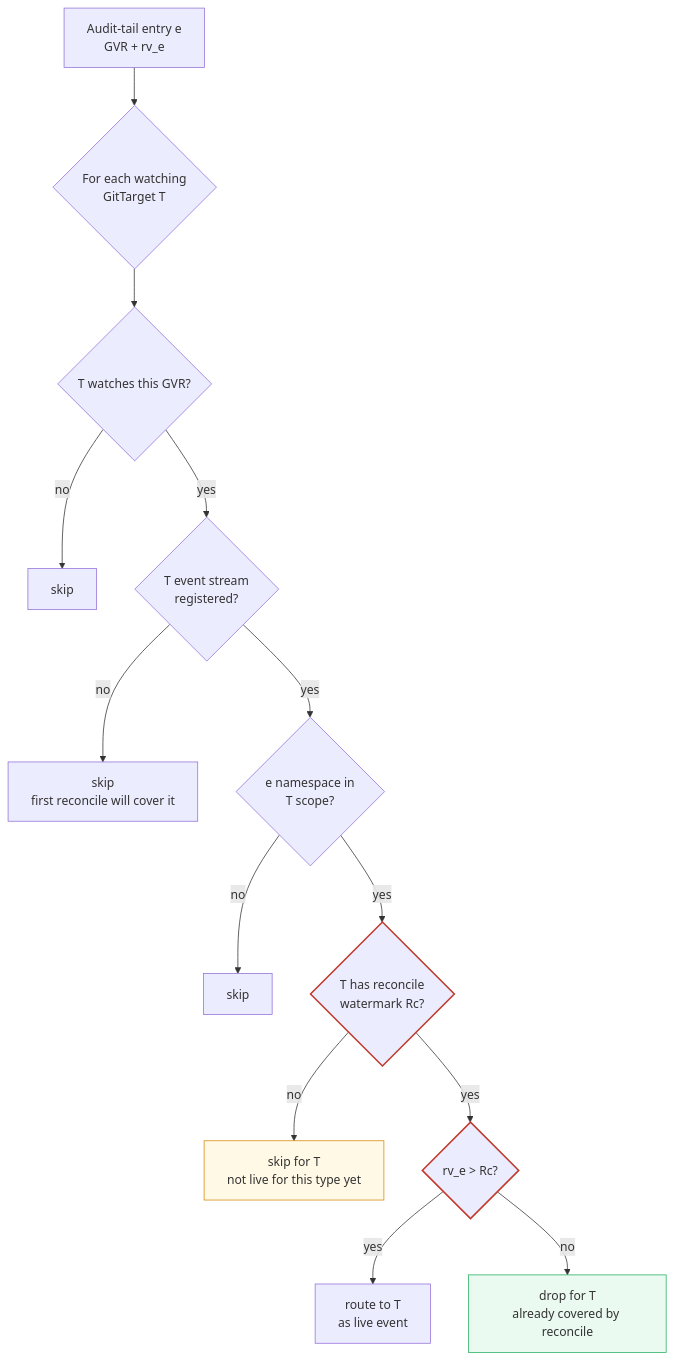
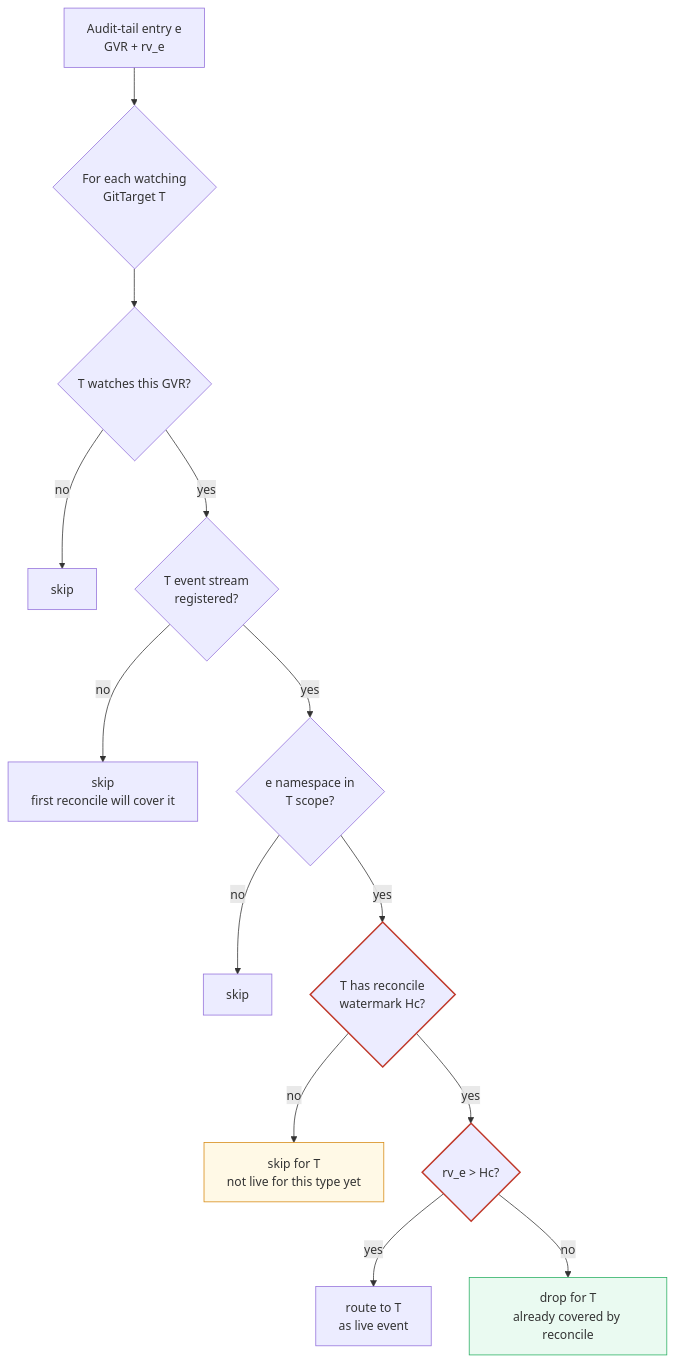
One commit to ConfigButler/gitops-reverser changed the fifth of 7 diagrams in docs/design/stream/signing-snapshot-tail-replay-failure-investigation.md. Above: the diagram before and after it, drawn with Mermaid. The commit also changed other lines of this file and 2 other files, not shown here.

````diff
--- a/docs/design/stream/signing-snapshot-tail-replay-failure-investigation.md
+++ b/docs/design/stream/signing-snapshot-tail-replay-failure-investigation.md
@@ -310,20 +362,20 @@
 ```mermaid
 flowchart TD
   E["Audit-tail entry e<br/>GVR + rv_e"] --> T{"For each watching<br/>GitTarget T"}
   T --> G1{"T watches this GVR?"}
   G1 -- no --> SK1["skip"]
   G1 -- yes --> G2{"T event stream<br/>registered?"}
   G2 -- no --> SK2["skip<br/>first reconcile will cover it"]
   G2 -- yes --> G3{"e namespace in<br/>T scope?"}
   G3 -- no --> SK3["skip"]
-  G3 -- yes --> G4{"T has reconcile<br/>watermark Rc?"}
+  G3 -- yes --> G4{"T has reconcile<br/>watermark Hc?"}
   G4 -- no --> WAIT["skip for T<br/>not live for this type yet"]
-  G4 -- yes --> G5{"rv_e > Rc?"}
+  G4 -- yes --> G5{"rv_e > Hc?"}
   G5 -- yes --> ROUTE["route to T<br/>as live event"]
   G5 -- no --> DROP["drop for T<br/>already covered by reconcile"]
 
   style G4 stroke:#c0392b,stroke-width:2px
   style G5 stroke:#c0392b,stroke-width:2px
   style DROP fill:#eafaf1,stroke:#27ae60
   style WAIT fill:#fff9e6,stroke:#d68910
 ```
````
